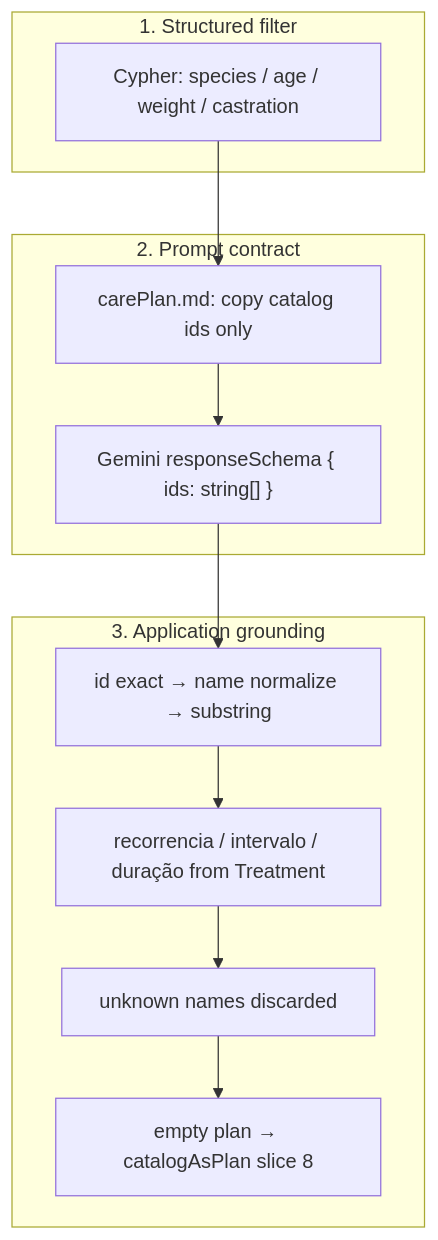
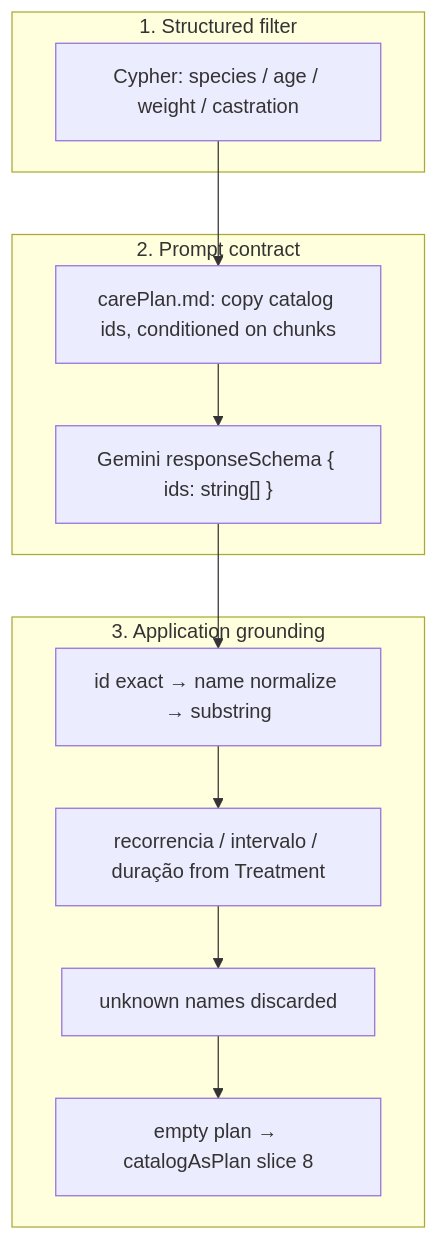
One commit to Allyhere/2tdspw-challange-rag-api changed the seventh of 17 diagrams in ARCH.md. Above: the diagram before and after it, drawn with Mermaid. The commit also changed other lines of this file and 11 other files, not shown here.

````diff
--- a/ARCH.md
+++ b/ARCH.md
@@ -292,23 +303,23 @@
 ```mermaid
 flowchart TB
     subgraph L1 [1. Structured filter]
         Cypher["Cypher: species / age / weight / castration"]
     end
     subgraph L2 [2. Prompt contract]
-        Prompt["carePlan.md: copy catalog ids only"]
+        Prompt["carePlan.md: copy catalog ids, conditioned on chunks"]
         Schema["Gemini responseSchema { ids: string[] }"]
     end
     subgraph L3 [3. Application grounding]
         Match["id exact → name normalize → substring"]
         Fields["recorrencia / intervalo / duração from Treatment"]
         Drop["unknown names discarded"]
         Fallback["empty plan → catalogAsPlan slice 8"]
     end
 
     Cypher --> Prompt
     Prompt --> Schema
     Schema --> Match
     Match --> Fields
     Fields --> Drop
     Drop --> Fallback
 ```
````
